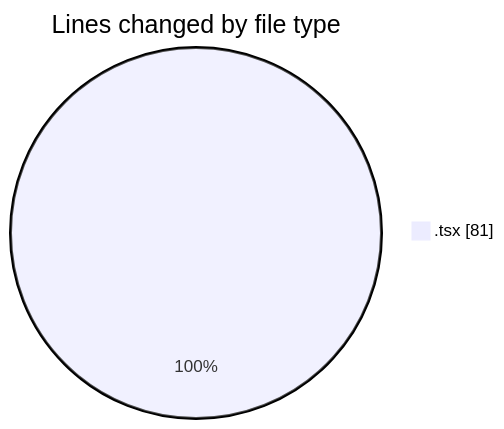
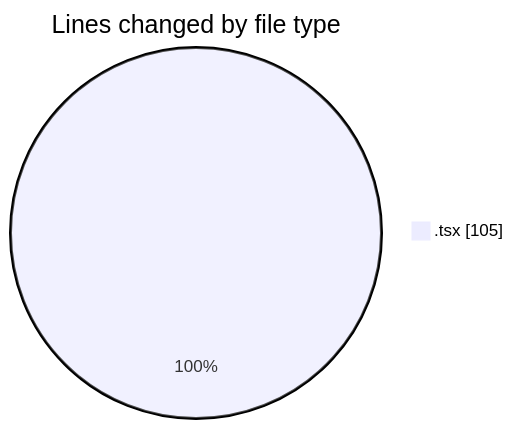
The first of 2 diagrams in 2026-11-06/cda/README.md (momahboobian/code-tracking), drawn with Mermaid before and after one commit. The commit also changed other lines of this file and 1 other file, not shown here.

````diff
--- a/2026-11-06/cda/README.md
+++ b/2026-11-06/cda/README.md
@@ -21,5 +21,5 @@
 ```mermaid
 pie showData
 title Lines changed by file type
-".tsx" : 81
+".tsx" : 105
 ```
````
